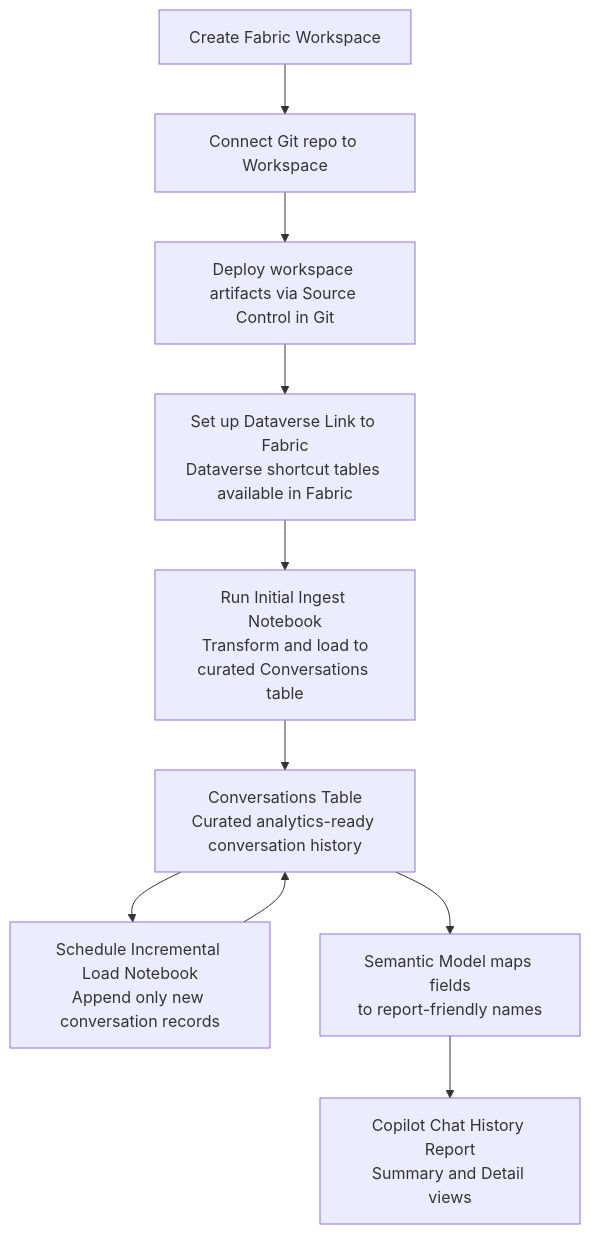
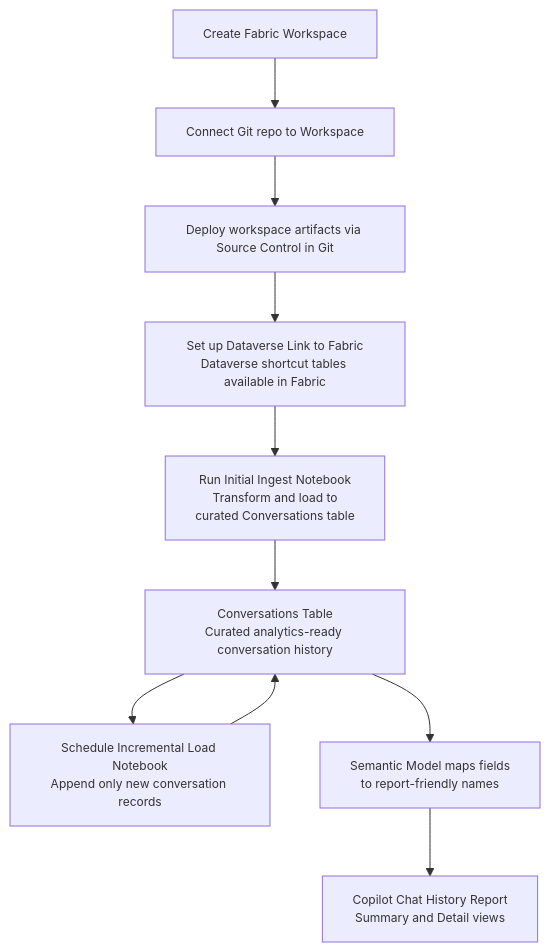
Before and after one commit to jcbendernh/copilot-chat-history-fabric: the diagram in README.md, drawn with Mermaid.

Commit message:
Update README with architecture flowchart
Added mermaid diagram for high level architecture.

````diff
--- a/README.md
+++ b/README.md
@@ -14,18 +14,19 @@
 ```mermaid
+%%{init: {"themeVariables": {"fontSize": "12px"}}}%%
 flowchart TD
 	A[Create Fabric Workspace] 
 	B[Connect Git repo to Workspace]
 	C[Deploy workspace artifacts via Source Control in Git]
 	D[Set up Dataverse Link to Fabric<BR>Dataverse shortcut tables available in Fabric]
 	E[Run Initial Ingest Notebook<BR>Transform and load to<br/>curated Conversations table]
     F[Conversations Table<br/>Curated analytics-ready conversation history]
 	G[Schedule Incremental Load Notebook<BR>Append only new conversation records]
 	H[Semantic Model maps fields<br/>to report-friendly names]
     I[Copilot Chat History Report<br/>Summary and Detail views]
 
 
     A --> B --> C--> D --> E --> F --> H --> I
     F --> G
     G --> F
 
 ```
````
